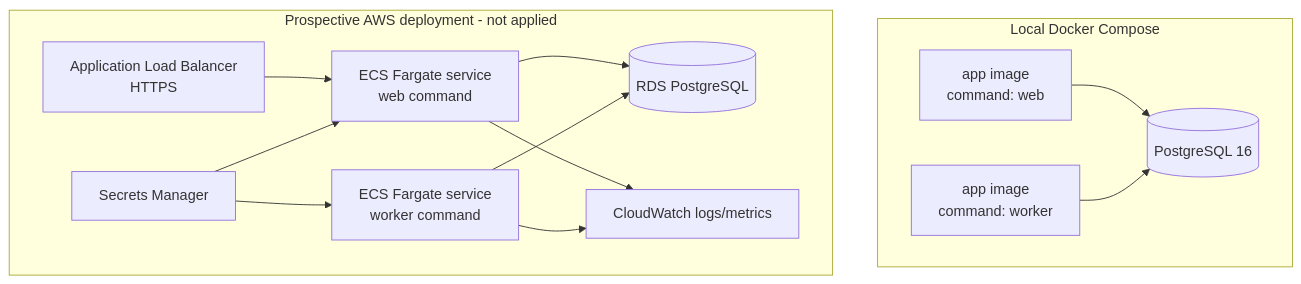
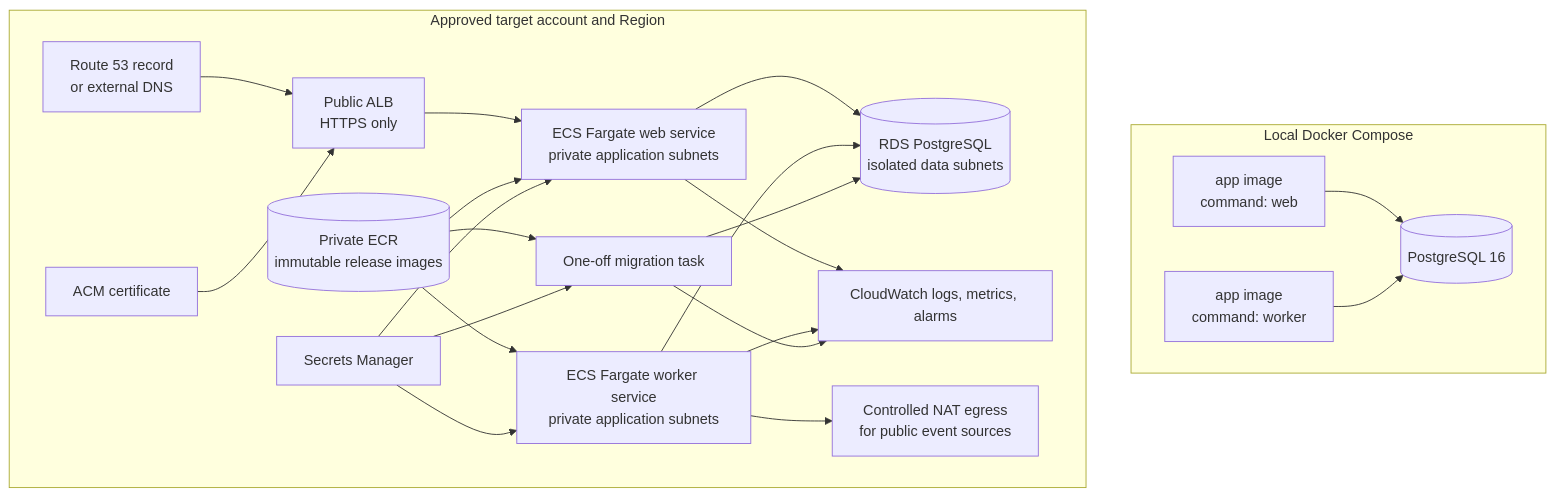
Before and after one commit to LiamGreenhalgh/DODA-AI-Companion-2026-Hennovate: the second of 5 diagrams in .kiro/specs/delaware-scene-full-stack-clone/design.md, drawn with Mermaid. The commit also changed other lines of this file and 112 other files, not shown here.

````diff
--- a/.kiro/specs/delaware-scene-full-stack-clone/design.md
+++ b/.kiro/specs/delaware-scene-full-stack-clone/design.md
@@ -108,26 +118,41 @@
 ```mermaid
 flowchart TB
     subgraph Local[Local Docker Compose]
       LWeb[app image\ncommand: web]
       LWorker[app image\ncommand: worker]
       LDB[(PostgreSQL 16)]
       LWeb --> LDB
       LWorker --> LDB
     end
 
-    subgraph AWS[Prospective AWS deployment - not applied]
-      ALB[Application Load Balancer\nHTTPS]
-      ECSWeb[ECS Fargate service\nweb command]
-      ECSWorker[ECS Fargate service\nworker command]
-      RDS[(RDS PostgreSQL)]
+    subgraph AWS[Approved target account and Region]
+      DNS[Route 53 record\nor external DNS]
+      ACM[ACM certificate]
+      ALB[Public ALB\nHTTPS only]
+      ECR[(Private ECR\nimmutable release images)]
+      ECSWeb[ECS Fargate web service\nprivate application subnets]
+      ECSWorker[ECS Fargate worker service\nprivate application subnets]
+      Migration[One-off migration task]
+      RDS[(RDS PostgreSQL\nisolated data subnets)]
       SM[Secrets Manager]
-      CW[CloudWatch logs/metrics]
+      CW[CloudWatch logs, metrics, alarms]
+      NAT[Controlled NAT egress\nfor public event sources]
+
+      DNS --> ALB
+      ACM --> ALB
       ALB --> ECSWeb
+      ECR --> ECSWeb
+      ECR --> ECSWorker
+      ECR --> Migration
       ECSWeb --> RDS
       ECSWorker --> RDS
+      Migration --> RDS
       SM --> ECSWeb
       SM --> ECSWorker
+      SM --> Migration
       ECSWeb --> CW
       ECSWorker --> CW
+      Migration --> CW
+      ECSWorker --> NAT
     end
 ```
````
